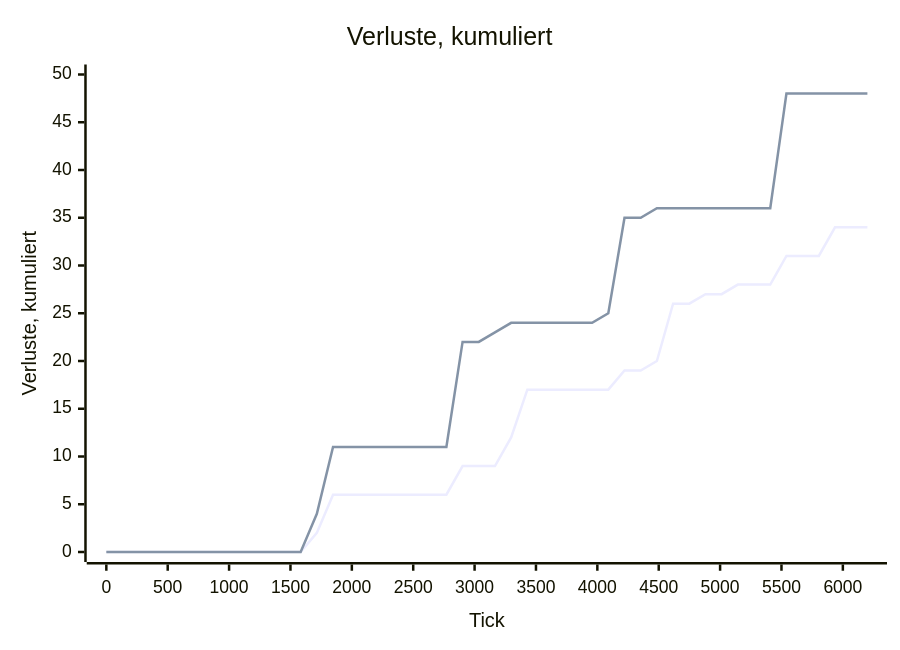
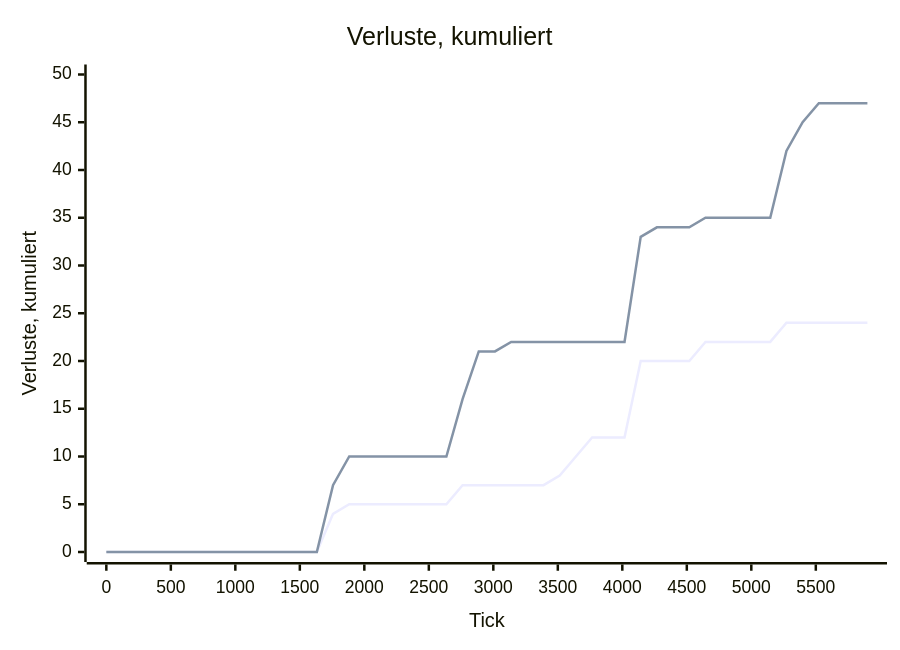
Before and after one commit to arn-c0de/Project_Nova: the third of 4 diagrams in tools/Nova.AiLab/reports/latest.md, drawn with Mermaid. The commit also changed other lines of this file and 272 other files, not shown here.

````diff
--- a/tools/Nova.AiLab/reports/latest.md
+++ b/tools/Nova.AiLab/reports/latest.md
@@ -71,8 +71,8 @@
 ```mermaid
 xychart-beta
     title "Verluste, kumuliert"
-    x-axis "Tick" 0 --> 6200
+    x-axis "Tick" 0 --> 5900
     y-axis "Verluste, kumuliert" 0 --> 50
-    line [0, 0, 0, 0, 0, 0, 0, 0, 0, 0, 0, 0, 0, 2, 6, 6, 6, 6, 6, 6, 6, 6, 9, 9, 9, 12, 17, 17, 17, 17, 17, 17, 19, 19, 20, 26, 26, 27, 27, 28, 28, 28, 31, 31, 31, 34, 34, 34]
-    line [0, 0, 0, 0, 0, 0, 0, 0, 0, 0, 0, 0, 0, 4, 11, 11, 11, 11, 11, 11, 11, 11, 22, 22, 23, 24, 24, 24, 24, 24, 24, 25, 35, 35, 36, 36, 36, 36, 36, 36, 36, 36, 48, 48, 48, 48, 48, 48]
+    line [0, 0, 0, 0, 0, 0, 0, 0, 0, 0, 0, 0, 0, 0, 4, 5, 5, 5, 5, 5, 5, 5, 7, 7, 7, 7, 7, 7, 8, 10, 12, 12, 12, 20, 20, 20, 20, 22, 22, 22, 22, 22, 24, 24, 24, 24, 24, 24]
+    line [0, 0, 0, 0, 0, 0, 0, 0, 0, 0, 0, 0, 0, 0, 7, 10, 10, 10, 10, 10, 10, 10, 16, 21, 21, 22, 22, 22, 22, 22, 22, 22, 22, 33, 34, 34, 34, 35, 35, 35, 35, 35, 42, 45, 47, 47, 47, 47]
 ```
````
